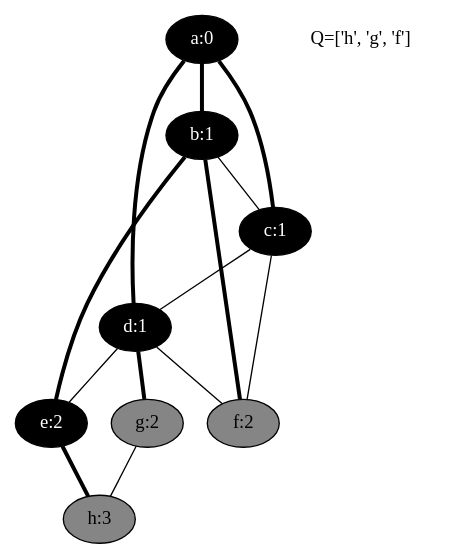
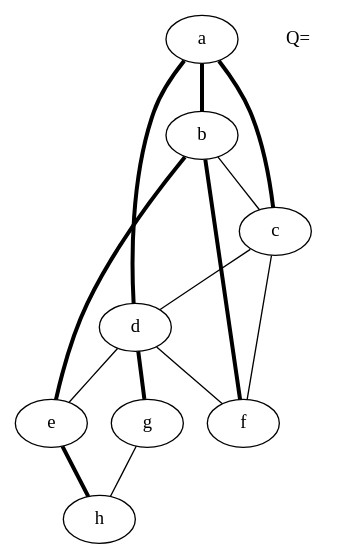
One commit to nicolasrenet/Graphs changed the diagram in examples/bfs_undirected_classroom_05.dot. Above: the diagram before and after it, drawn with Graphviz. The commit also changed 214 other files, not shown here.

Commit message:
Added an extra key (label) to the vertex comparison function. Dijkstra's key shows content of the min queue. Various layout changes in the LaTeX documents (added an figure width ratio option to alg_to_tex.py). Cleaned up the Makefile.

```diff
--- a/examples/bfs_undirected_classroom_05.dot
+++ b/examples/bfs_undirected_classroom_05.dot
@@ -1,24 +1,24 @@
 Graph {
-a [ label="a:0" fontcolor=white style=filled fontname="time-bold" fillcolor=black ];
-b [ label="b:1" fontcolor=white style=filled fontname="time-bold" fillcolor=black ];
-c [ label="c:1" fontcolor=white style=filled fontname="time-bold" fillcolor=black ];
-d [ label="d:1" fontcolor=white style=filled fontname="time-bold" fillcolor=black ];
-e [ label="e:2" fontcolor=white style=filled fontname="time-bold" fillcolor=black ];
-f [ label="f:2" style=filled fontname="time-bold" fillcolor=gray52 ];
-g [ label="g:2" style=filled fontname="time-bold" fillcolor=gray52 ];
-h [ label="h:3" style=filled fontname="time-bold" fillcolor=gray52 ];
+a;
+b;
+c;
+d;
+e;
+f;
+g;
+h;
 a--d[label="", penwidth=3];
 a--b[label="", penwidth=3];
 a--c[label="", penwidth=3];
 b--e[label="", penwidth=3];
 b--f[label="", penwidth=3];
 b--c[label="", penwidth=1];
 c--d[label="", penwidth=1];
 c--f[label="", penwidth=1];
 d--e[label="", penwidth=1];
 d--f[label="", penwidth=1];
 d--g[label="", penwidth=3];
 e--h[label="", penwidth=3];
 g--h[label="", penwidth=1];
-legend[label="Q=['h', 'g', 'f']", color=white];
+legend[label="Q=", color=white];
 }
```
